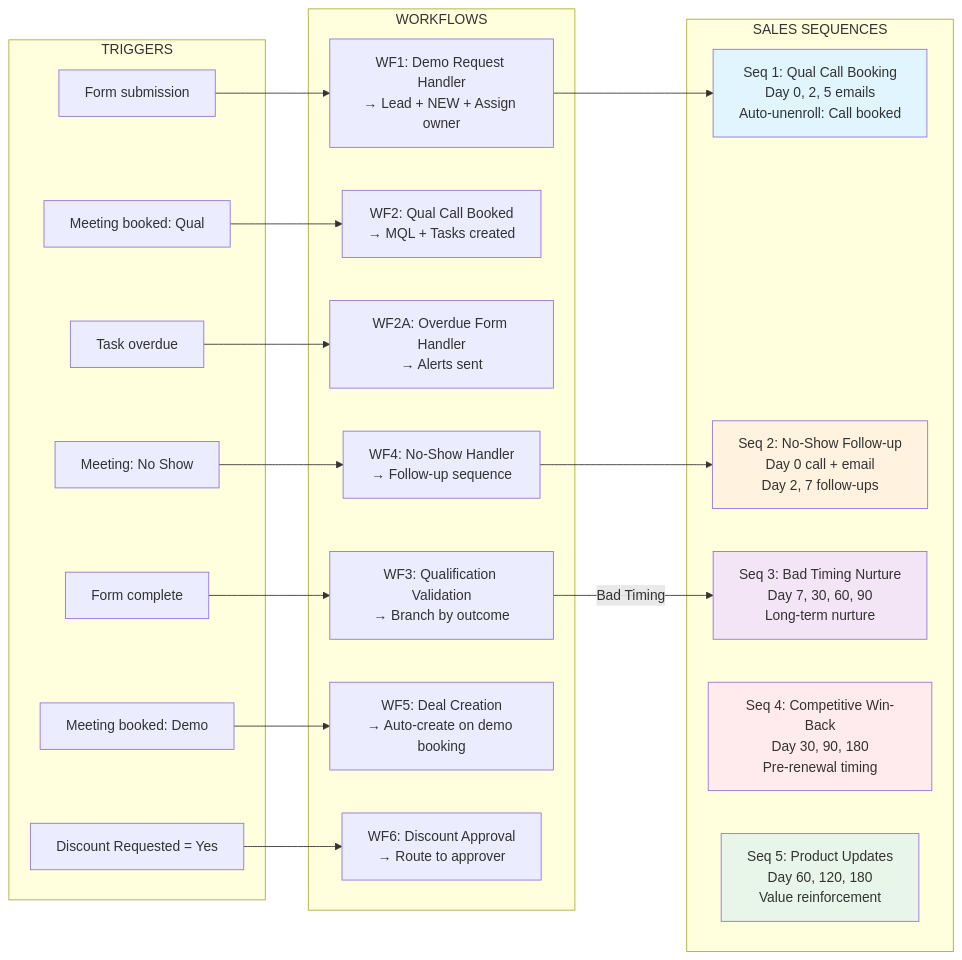
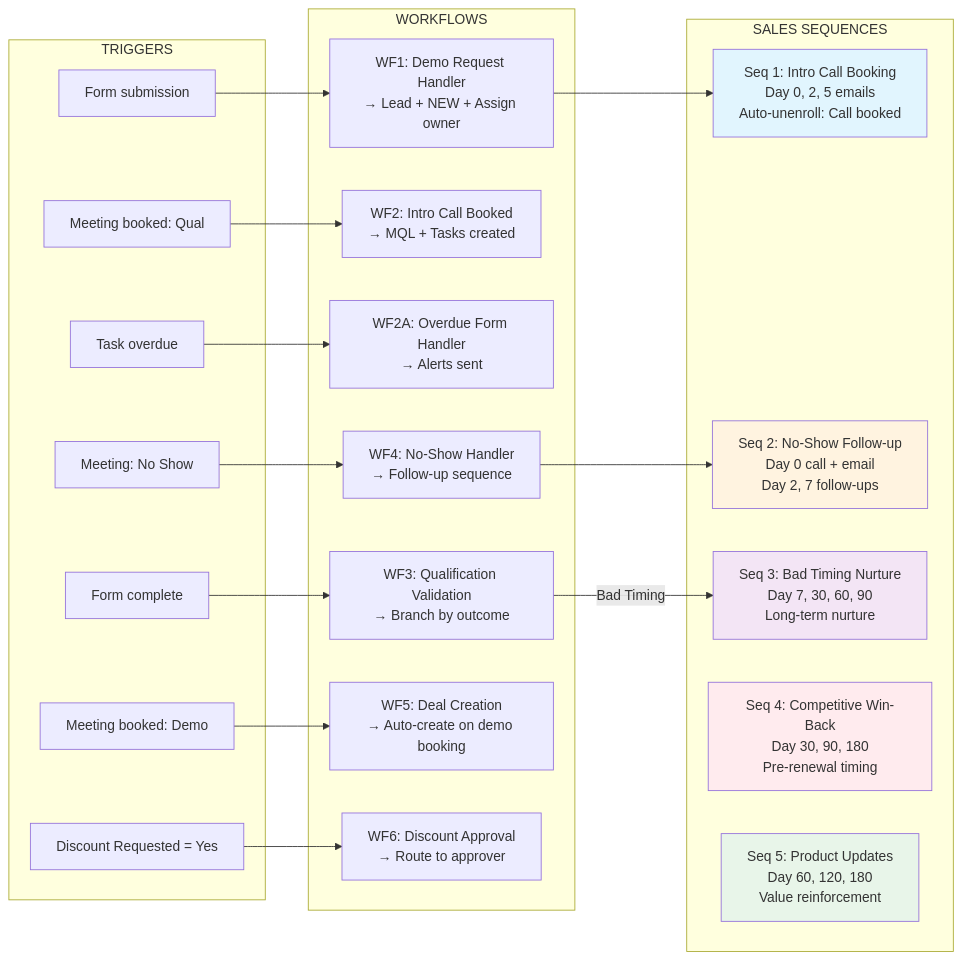
Before and after one commit to mattmaxted-cmyk/AIAssistant: the fourth of 6 diagrams in Hubspot/HubSpot_Master_Plan_CONSOLIDATED.md, drawn with Mermaid. The commit also changed other lines of this file and 12 other files, not shown here.

````diff
--- a/Hubspot/HubSpot_Master_Plan_CONSOLIDATED.md
+++ b/Hubspot/HubSpot_Master_Plan_CONSOLIDATED.md
@@ -1828,40 +1857,40 @@
 ```mermaid
 flowchart LR
     subgraph WORKFLOWS["WORKFLOWS"]
         W1["WF1: Demo Request Handler<br/>→ Lead + NEW + Assign owner"]
-        W2["WF2: Qual Call Booked<br/>→ MQL + Tasks created"]
+        W2["WF2: Intro Call Booked<br/>→ MQL + Tasks created"]
         W2A["WF2A: Overdue Form Handler<br/>→ Alerts sent"]
         W3["WF3: Qualification Validation<br/>→ Branch by outcome"]
         W4["WF4: No-Show Handler<br/>→ Follow-up sequence"]
         W5["WF5: Deal Creation<br/>→ Auto-create on demo booking"]
         W6["WF6: Discount Approval<br/>→ Route to approver"]
     end
     
     subgraph SEQUENCES["SALES SEQUENCES"]
-        SEQ1["Seq 1: Qual Call Booking<br/>Day 0, 2, 5 emails<br/>Auto-unenroll: Call booked"]
+        SEQ1["Seq 1: Intro Call Booking<br/>Day 0, 2, 5 emails<br/>Auto-unenroll: Call booked"]
         SEQ2["Seq 2: No-Show Follow-up<br/>Day 0 call + email<br/>Day 2, 7 follow-ups"]
         SEQ3["Seq 3: Bad Timing Nurture<br/>Day 7, 30, 60, 90<br/>Long-term nurture"]
         SEQ4["Seq 4: Competitive Win-Back<br/>Day 30, 90, 180<br/>Pre-renewal timing"]
         SEQ5["Seq 5: Product Updates<br/>Day 60, 120, 180<br/>Value reinforcement"]
     end
     
     subgraph TRIGGERS["TRIGGERS"]
         T1["Form submission"] --> W1
         T2["Meeting booked: Qual"] --> W2
         T3["Task overdue"] --> W2A
         T4["Form complete"] --> W3
         T5["Meeting: No Show"] --> W4
         T6["Meeting booked: Demo"] --> W5
         T7["Discount Requested = Yes"] --> W6
     end
     
     W1 --> SEQ1
     W3 -->|"Bad Timing"| SEQ3
     W4 --> SEQ2
     
     style SEQ1 fill:#e1f5fe
     style SEQ2 fill:#fff3e0
     style SEQ3 fill:#f3e5f5
     style SEQ4 fill:#ffebee
     style SEQ5 fill:#e8f5e9
 ```
````
